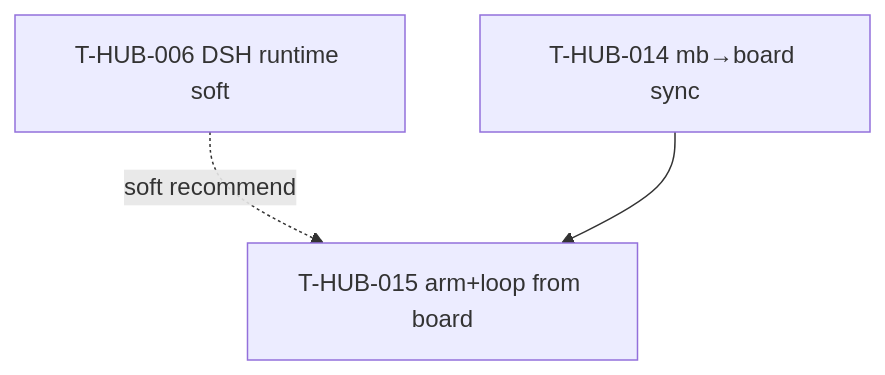
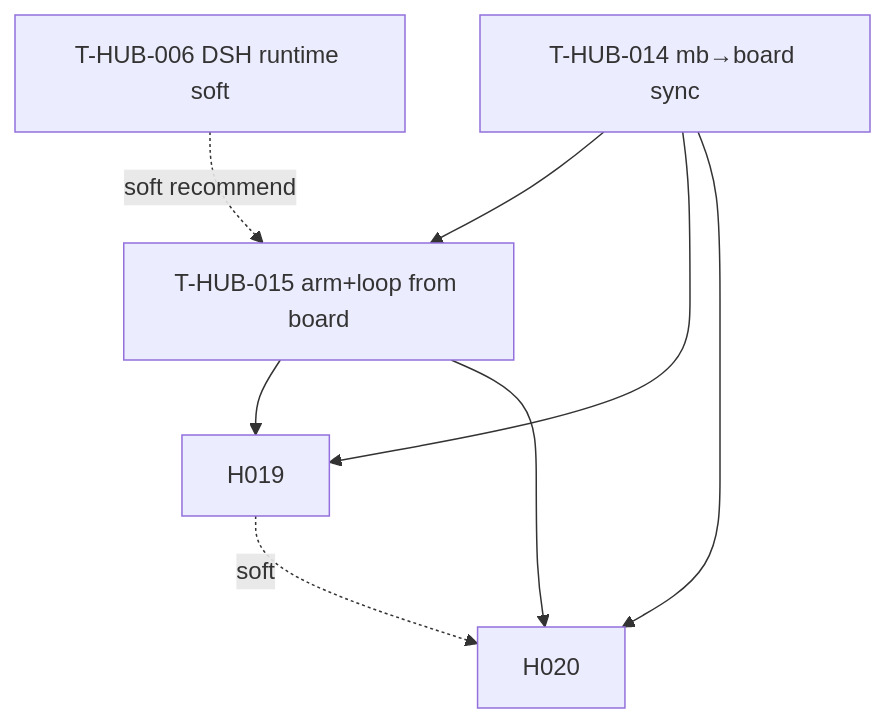
Before and after one commit to aeroalgo/dev-hub: the diagram in memory-bank/back/plan/roadmap-dsh-mb-board-epics.md, drawn with Mermaid. The commit also changed other lines of this file and 252 other files, not shown here.

````diff
--- a/memory-bank/back/plan/roadmap-dsh-mb-board-epics.md
+++ b/memory-bank/back/plan/roadmap-dsh-mb-board-epics.md
@@ -25,8 +27,13 @@
 ```mermaid
 flowchart TB
   H006[T-HUB-006 DSH runtime soft]
   H014[T-HUB-014 mb→board sync]
   H015[T-HUB-015 arm+loop from board]
   H006 -.->|soft recommend| H015
   H014 --> H015
+  H014 --> H019
+  H015 --> H019
+  H014 --> H020
+  H015 --> H020
+  H019 -.->|soft| H020
 ```
````
